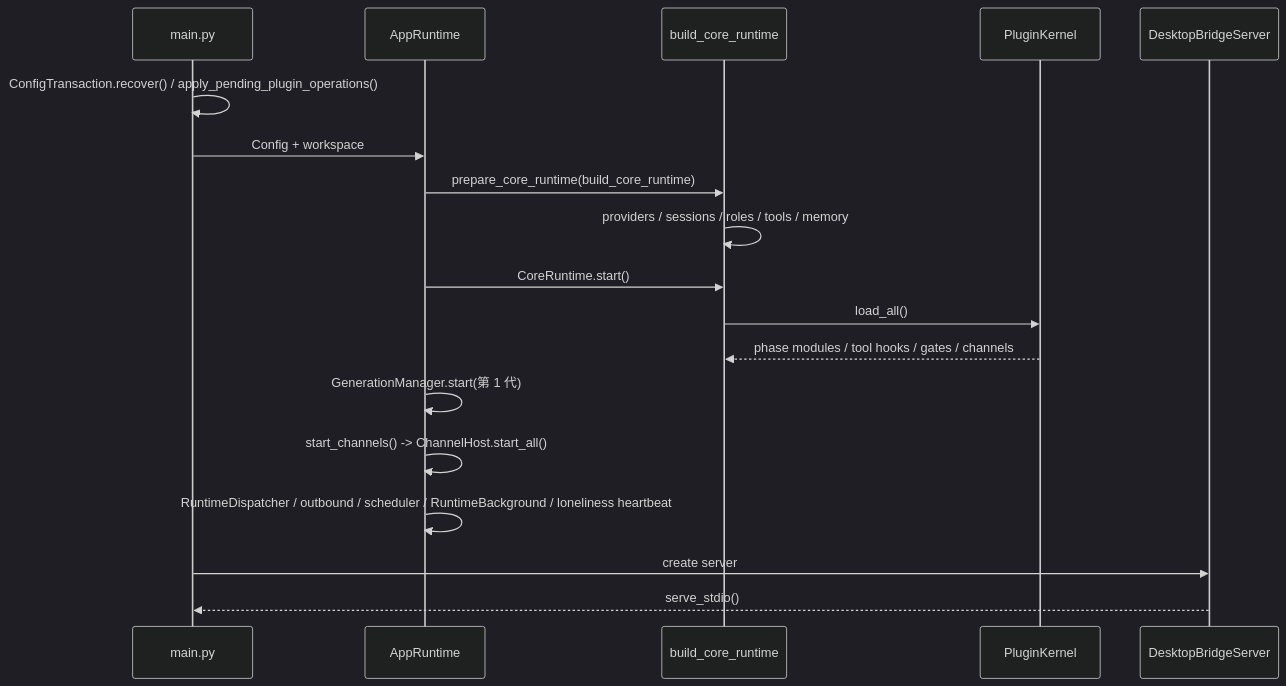
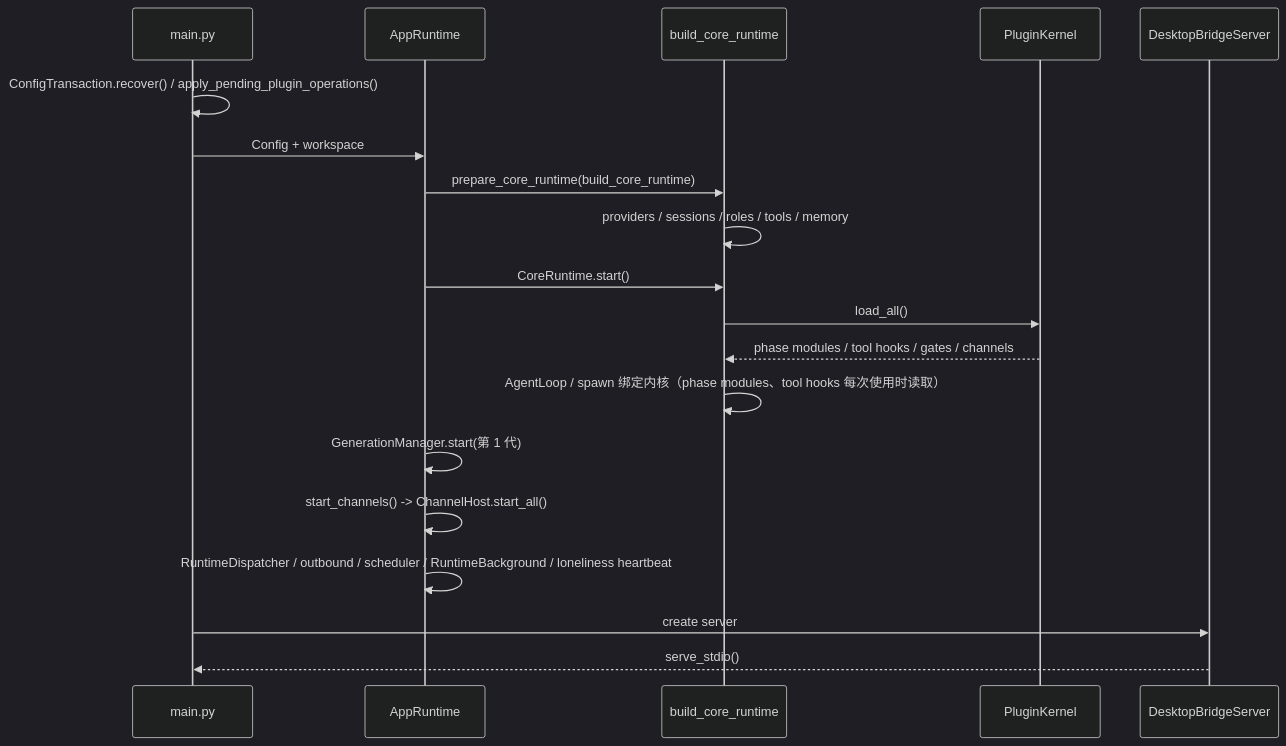
One commit to YinFengWindy/Shiori-Agent changed the first of 2 diagrams in docs/knowledge/flows/startup-and-shutdown.md. Above: the diagram before and after it, drawn with Mermaid (dark theme). The commit also changed 35 other files, not shown here.

````diff
--- a/docs/knowledge/flows/startup-and-shutdown.md
+++ b/docs/knowledge/flows/startup-and-shutdown.md
@@ -23,20 +23,21 @@
 ```mermaid
 sequenceDiagram
   participant Main as main.py
   participant App as AppRuntime
   participant Core as build_core_runtime
   participant Plugin as PluginKernel
   participant Bridge as DesktopBridgeServer
   Main->>Main: ConfigTransaction.recover() / apply_pending_plugin_operations()
   Main->>App: Config + workspace
   App->>Core: prepare_core_runtime(build_core_runtime)
   Core->>Core: providers / sessions / roles / tools / memory
   App->>Core: CoreRuntime.start()
   Core->>Plugin: load_all()
   Plugin-->>Core: phase modules / tool hooks / gates / channels
+  Core->>Core: AgentLoop / spawn 绑定内核（phase modules、tool hooks 每次使用时读取）
   App->>App: GenerationManager.start(第 1 代)
   App->>App: start_channels() -> ChannelHost.start_all()
   App->>App: RuntimeDispatcher / outbound / scheduler / RuntimeBackground / loneliness heartbeat
   Main->>Bridge: create server
   Bridge-->>Main: serve_stdio()
 ```
````
